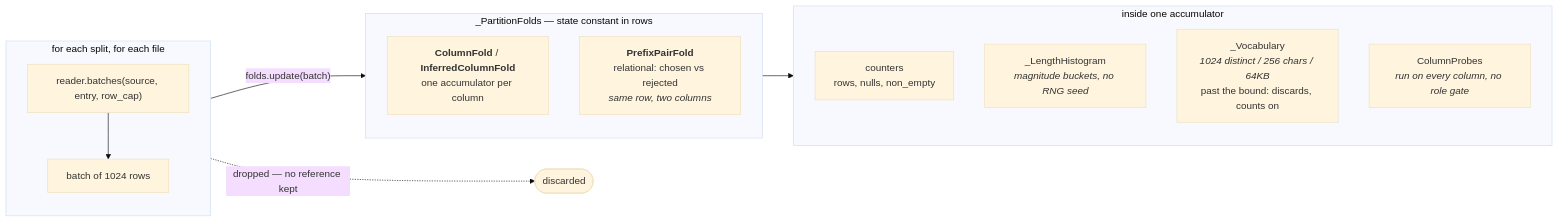
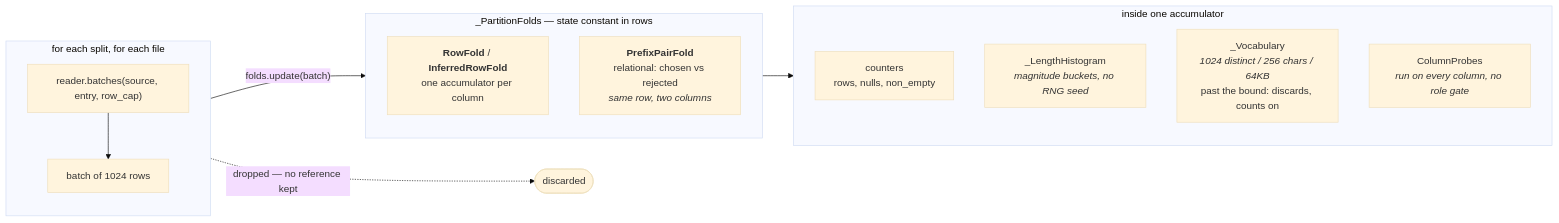
The second of 3 diagrams in plugins/nemo-datasets/README.md (NVIDIA-NeMo/nemo-platform), drawn with Mermaid (base theme) before and after one commit. The commit also changed other lines of this file and 2 other files, not shown here.

````diff
--- a/plugins/nemo-datasets/README.md
+++ b/plugins/nemo-datasets/README.md
@@ -98,28 +98,28 @@
 ```mermaid
 flowchart LR
     subgraph FILES["for each split, for each file"]
         direction TB
         OPEN["reader.batches(source, entry, row_cap)"]
         OPEN --> B1["batch of 1024 rows"]
     end
 
     B1 -->|"folds.update(batch)"| FOLD
 
     subgraph FOLD["_PartitionFolds — state constant in rows"]
         direction TB
-        COL["<b>ColumnFold</b> / <b>InferredColumnFold</b><br/>one accumulator per column"]
+        COL["<b>RowFold</b> / <b>InferredRowFold</b><br/>one accumulator per column"]
         PRE["<b>PrefixPairFold</b><br/>relational: chosen vs rejected<br/><i>same row, two columns</i>"]
     end
 
     B1 -.->|"dropped — no reference kept"| GONE(["discarded"])
 
     FOLD --> ACC
 
     subgraph ACC["inside one accumulator"]
         direction TB
         CNT["counters<br/>rows, nulls, non_empty"]
         HIST["_LengthHistogram<br/><i>magnitude buckets, no RNG seed</i>"]
         VOC["_Vocabulary<br/><i>1024 distinct / 256 chars / 64KB</i><br/>past the bound: discards, counts on"]
         PROBE["ColumnProbes<br/><i>run on every column, no role gate</i>"]
     end
 ```
````
